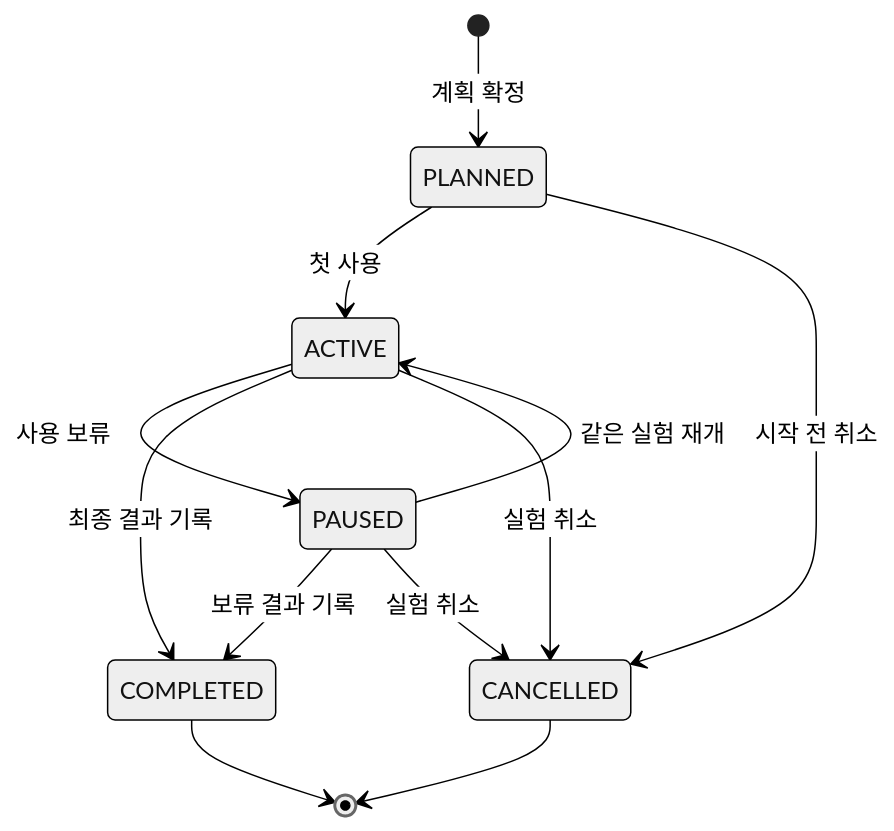
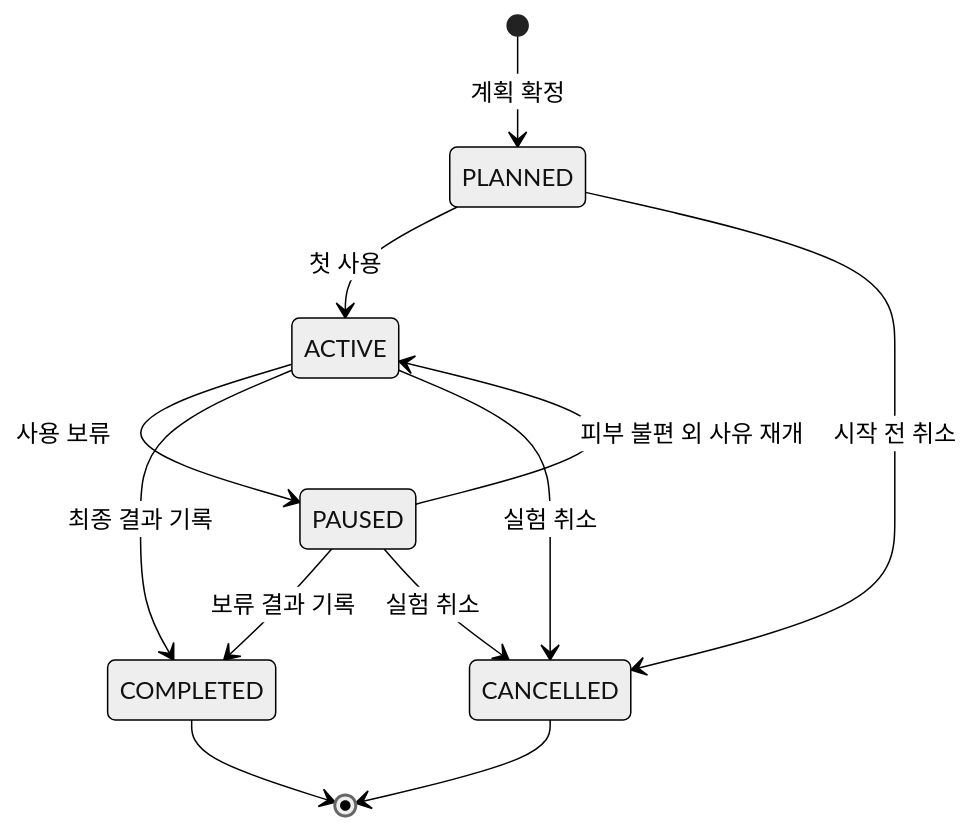
The diagram in docs/04-requirements.md (Sehoon-Jeong/app), drawn with Mermaid (neutral theme) before and after one commit. The commit also changed other lines of this file and 23 other files, not shown here.

````diff
--- a/docs/04-requirements.md
+++ b/docs/04-requirements.md
@@ -185,14 +186,14 @@
 ```mermaid
 stateDiagram-v2
     [*] --> PLANNED: 계획 확정
     PLANNED --> ACTIVE: 첫 사용
     PLANNED --> CANCELLED: 시작 전 취소
     ACTIVE --> PAUSED: 사용 보류
-    PAUSED --> ACTIVE: 같은 실험 재개
+    PAUSED --> ACTIVE: 피부 불편 외 사유 재개
     ACTIVE --> COMPLETED: 최종 결과 기록
     PAUSED --> COMPLETED: 보류 결과 기록
     ACTIVE --> CANCELLED: 실험 취소
     PAUSED --> CANCELLED: 실험 취소
     COMPLETED --> [*]
     CANCELLED --> [*]
 ```
````
